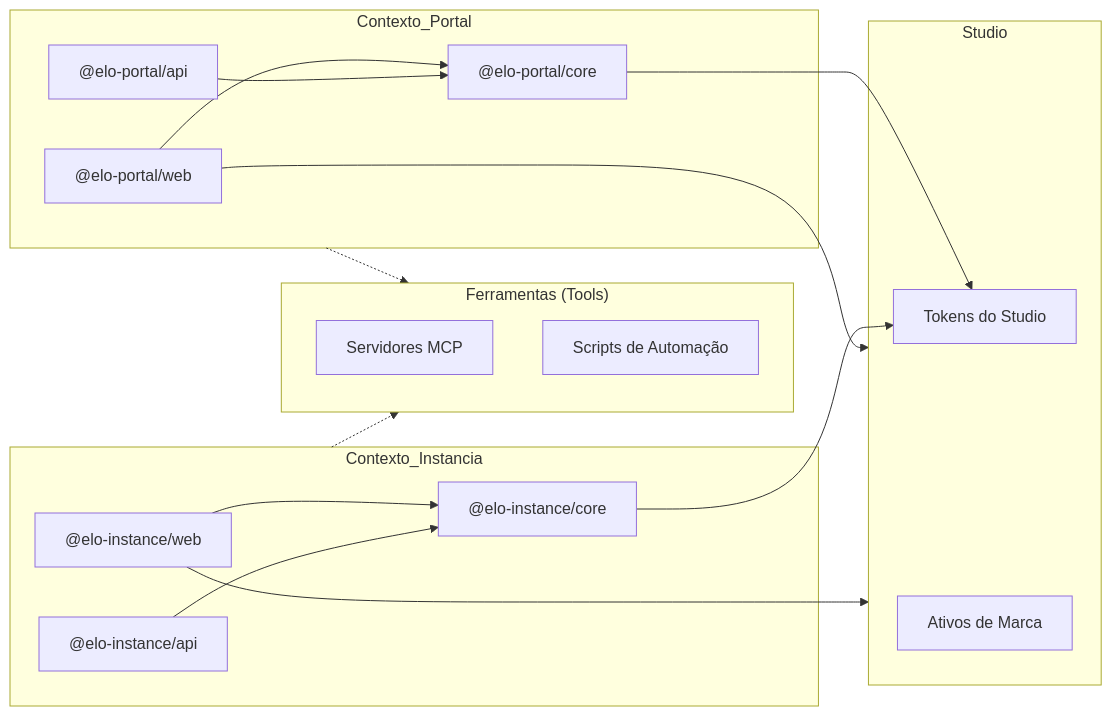
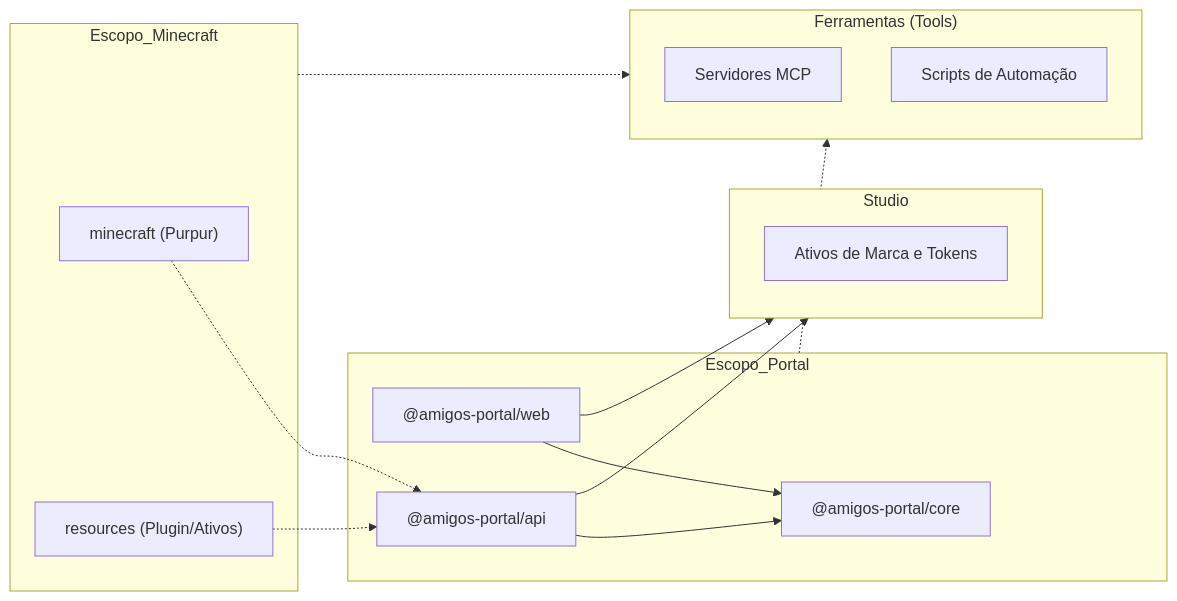
The diagram in knowledge-base/i18n/pt-BR/docusaurus-plugin-content-docs/current/engineering/architecture.mdx (tupynambalucas/amigos-do-mine), drawn with Mermaid before and after one commit. The commit also changed other lines of this file and 166 other files, not shown here.

````diff
--- a/knowledge-base/i18n/pt-BR/docusaurus-plugin-content-docs/current/engineering/architecture.mdx
+++ b/knowledge-base/i18n/pt-BR/docusaurus-plugin-content-docs/current/engineering/architecture.mdx
@@ -20,39 +20,34 @@
 ```mermaid
 graph LR
     subgraph Studio
-        S_Tokens["Tokens do Studio"]
-        S_Assets["Ativos de Marca"]
+        S_Assets["Ativos de Marca e Tokens"]
     end
 
     subgraph Tools["Ferramentas (Tools)"]
         T_MCP["Servidores MCP"]
         T_Scripts["Scripts de Automação"]
     end
 
-    subgraph Contexto_Portal
-        P_Web["@elo-portal/web"]
-        P_API["@elo-portal/api"]
-        P_Core["@elo-portal/core"]
+    subgraph Escopo_Portal
+        P_Web["@amigos-portal/web"]
+        P_API["@amigos-portal/api"]
+        P_Core["@amigos-portal/core"]
     end
 
-    subgraph Contexto_Instancia
-        I_Web["@elo-instance/web"]
-        I_API["@elo-instance/api"]
-        I_Core["@elo-instance/core"]
+    subgraph Escopo_Minecraft
+        M_Server["minecraft (Purpur)"]
+        M_Resources["resources (Plugin/Ativos)"]
     end
 
     P_Web --> P_Core
     P_API --> P_Core
     
-    I_Web --> I_Core
-    I_API --> I_Core
+    P_Web --> Studio
+    P_API --> Studio
 
-    P_Core --> S_Tokens
-    I_Core --> S_Tokens
-
-    P_Web --> Studio
-    I_Web --> Studio
-
-    Contexto_Portal -.-> Tools
-    Contexto_Instancia -.-> Tools
+    M_Server -.-> P_API
+    M_Resources -.-> P_API
+    
+    Escopo_Portal -.-> Tools
+    Escopo_Minecraft -.-> Tools
 ```
````
